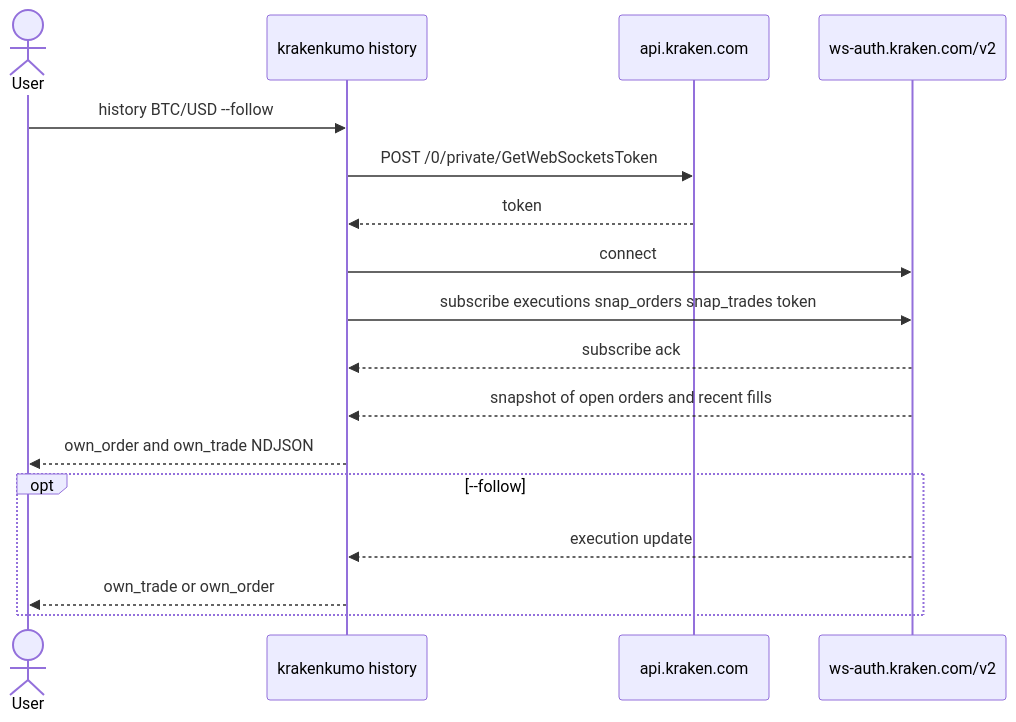
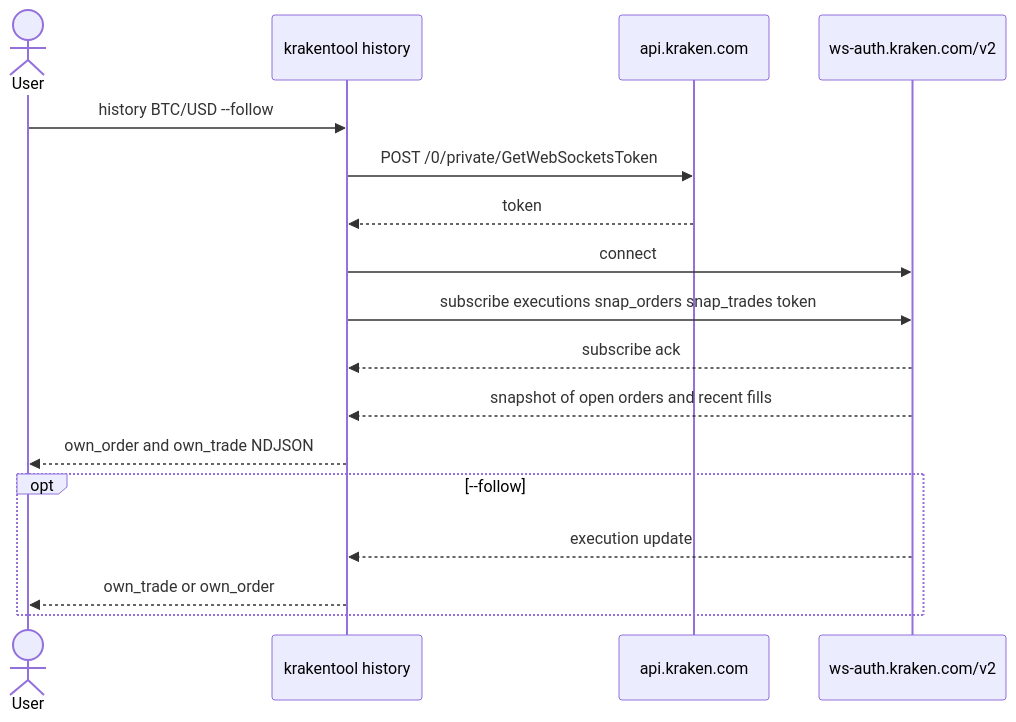
One commit to aifintech-do/krakenkumo changed the fourth of 4 diagrams in docs/FEATURES.md. Above: the diagram before and after it, drawn with Mermaid. The commit also changed other lines of this file and 18 other files, not shown here.

Commit message:
Rename krakenkumo to krakentool across the package, command, and docs.

````diff
--- a/docs/FEATURES.md
+++ b/docs/FEATURES.md
@@ -160,20 +160,20 @@
 ```mermaid
 sequenceDiagram
   actor User
-  participant CLI as krakenkumo history
+  participant CLI as krakentool history
   participant REST as api.kraken.com
   participant WS as ws-auth.kraken.com/v2
 
   User->>CLI: history BTC/USD --follow
   CLI->>REST: POST /0/private/GetWebSocketsToken
   REST-->>CLI: token
   CLI->>WS: connect
   CLI->>WS: subscribe executions snap_orders snap_trades token
   WS-->>CLI: subscribe ack
   WS-->>CLI: snapshot of open orders and recent fills
   CLI-->>User: own_order and own_trade NDJSON
   opt --follow
     WS-->>CLI: execution update
     CLI-->>User: own_trade or own_order
   end
 ```
````
